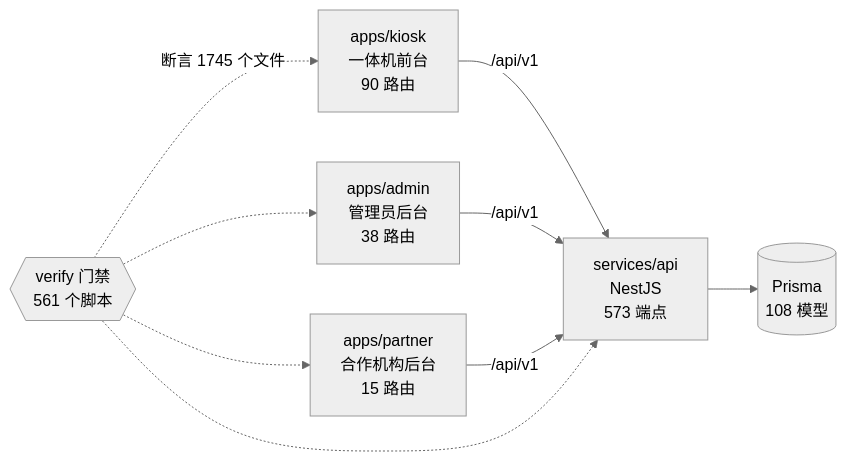
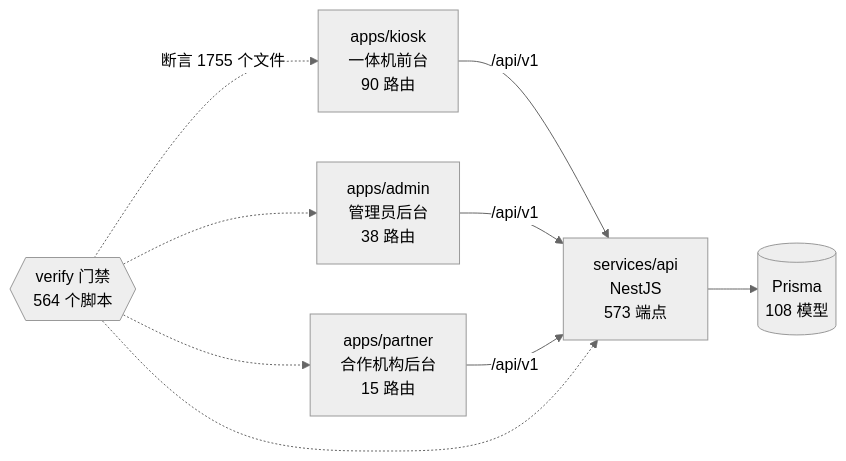
Before and after one commit to wanglei581/YITIJI: the diagram in docs/graph/README.md, drawn with Mermaid (neutral theme). The commit also changed other lines of this file and 1 other file, not shown here.

Commit message:
chore(graph): 并入候选后重生图谱

````diff
--- a/docs/graph/README.md
+++ b/docs/graph/README.md
@@ -68,18 +68,18 @@
 ```mermaid
 flowchart LR
   kiosk["apps/kiosk<br/>一体机前台<br/>90 路由"]
   admin["apps/admin<br/>管理员后台<br/>38 路由"]
   partner["apps/partner<br/>合作机构后台<br/>15 路由"]
   api["services/api<br/>NestJS<br/>573 端点"]
   db[("Prisma<br/>108 模型")]
-  gates{{"verify 门禁<br/>561 个脚本"}}
+  gates{{"verify 门禁<br/>564 个脚本"}}
 
   kiosk -->|"/api/v1"| api
   admin -->|"/api/v1"| api
   partner -->|"/api/v1"| api
   api --> db
-  gates -.->|"断言 1745 个文件"| kiosk
+  gates -.->|"断言 1755 个文件"| kiosk
   gates -.-> admin
   gates -.-> partner
   gates -.-> api
 ```
````
